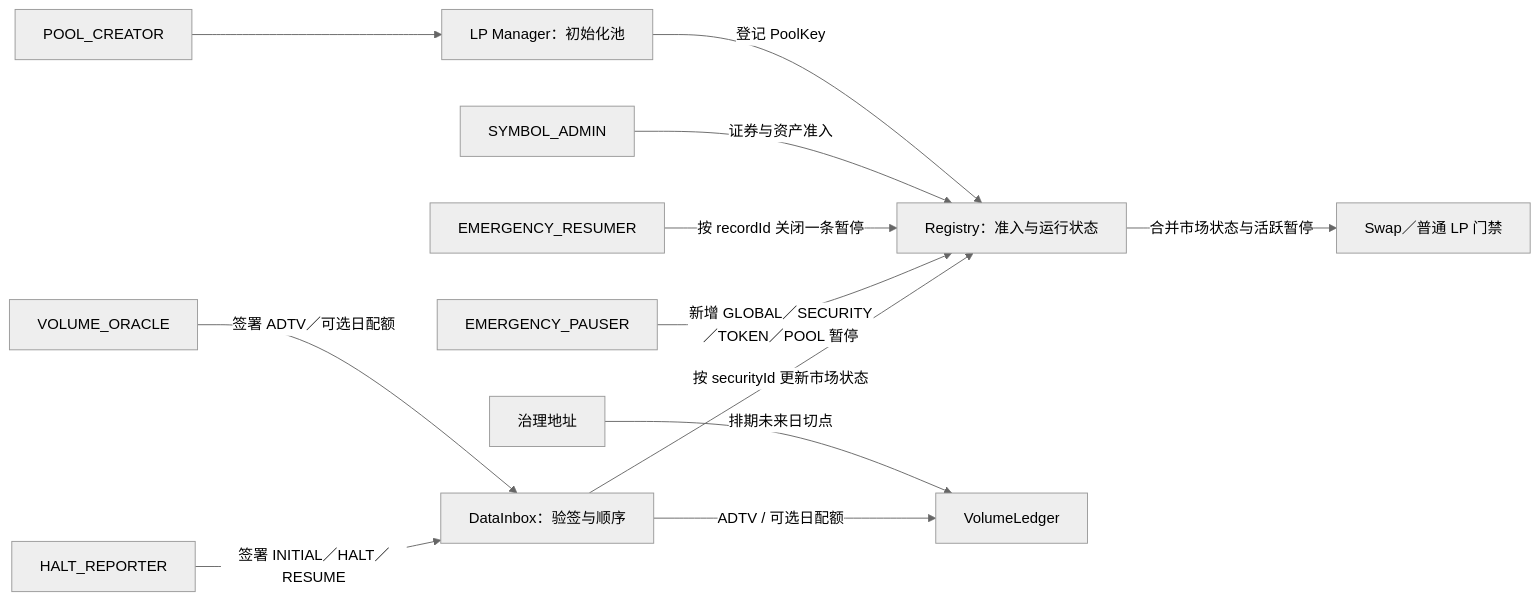
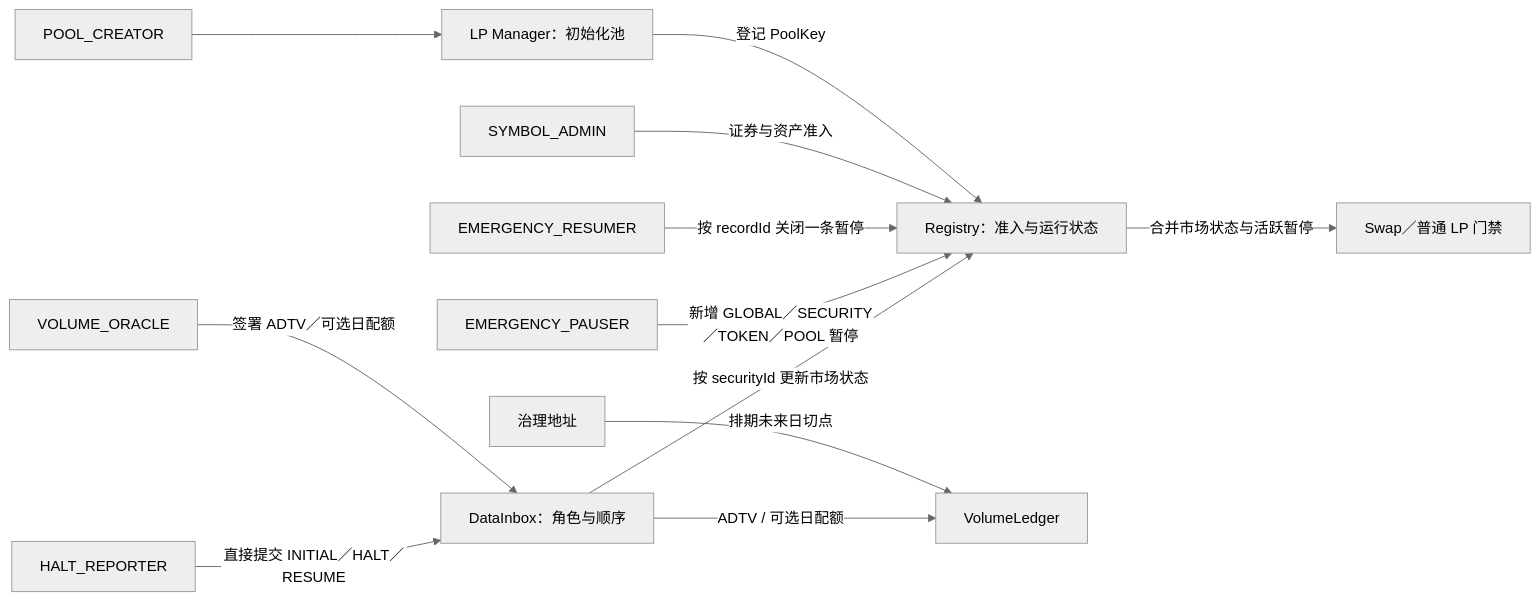
Before and after one commit to okx/tsv: the second of 4 diagrams in docs/CONTRACT_ARCHITECTURE.md, drawn with Mermaid (neutral theme). The commit also changed 1 other file, not shown here.

Commit message:
docs: remove stale report signing references

````diff
--- a/docs/CONTRACT_ARCHITECTURE.md
+++ b/docs/CONTRACT_ARCHITECTURE.md
@@ -93,14 +93,14 @@
 ```mermaid
 flowchart LR
-  HR["HALT_REPORTER"] -->|签署 INITIAL／HALT／RESUME| DI["DataInbox：验签与顺序"]
+  HR["HALT_REPORTER"] -->|直接提交 INITIAL／HALT／RESUME| DI["DataInbox：角色与顺序"]
   VO["VOLUME_ORACLE"] -->|签署 ADTV／可选日配额| DI
   DI -->|按 securityId 更新市场状态| RG["Registry：准入与运行状态"]
   DI -->|ADTV / 可选日配额| VL["VolumeLedger"]
   EP["EMERGENCY_PAUSER"] -->|新增 GLOBAL／SECURITY／TOKEN／POOL 暂停| RG
   ER["EMERGENCY_RESUMER"] -->|按 recordId 关闭一条暂停| RG
   RG -->|合并市场状态与活跃暂停| G["Swap／普通 LP 门禁"]
   GOV["治理地址"] -->|排期未来日切点| VL
   SA["SYMBOL_ADMIN"] -->|证券与资产准入| RG
   PC["POOL_CREATOR"] --> LP["LP Manager：初始化池"]
   LP -->|登记 PoolKey| RG
 ```
````
